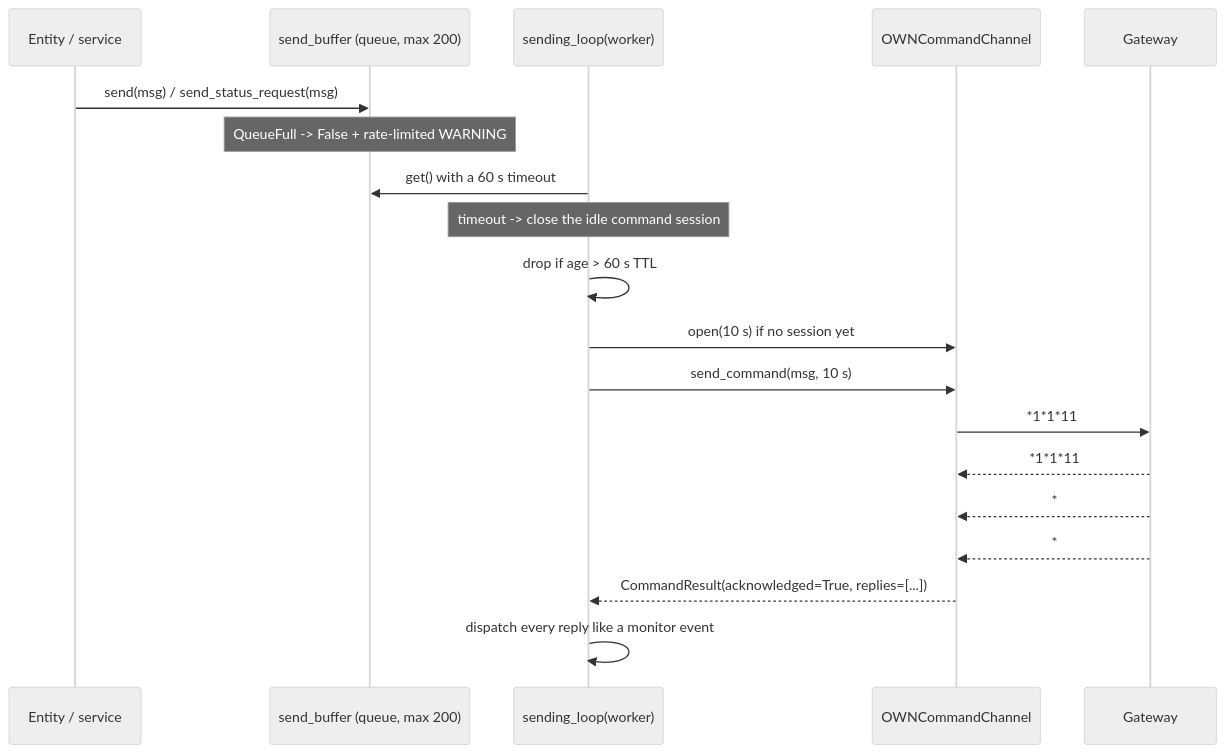
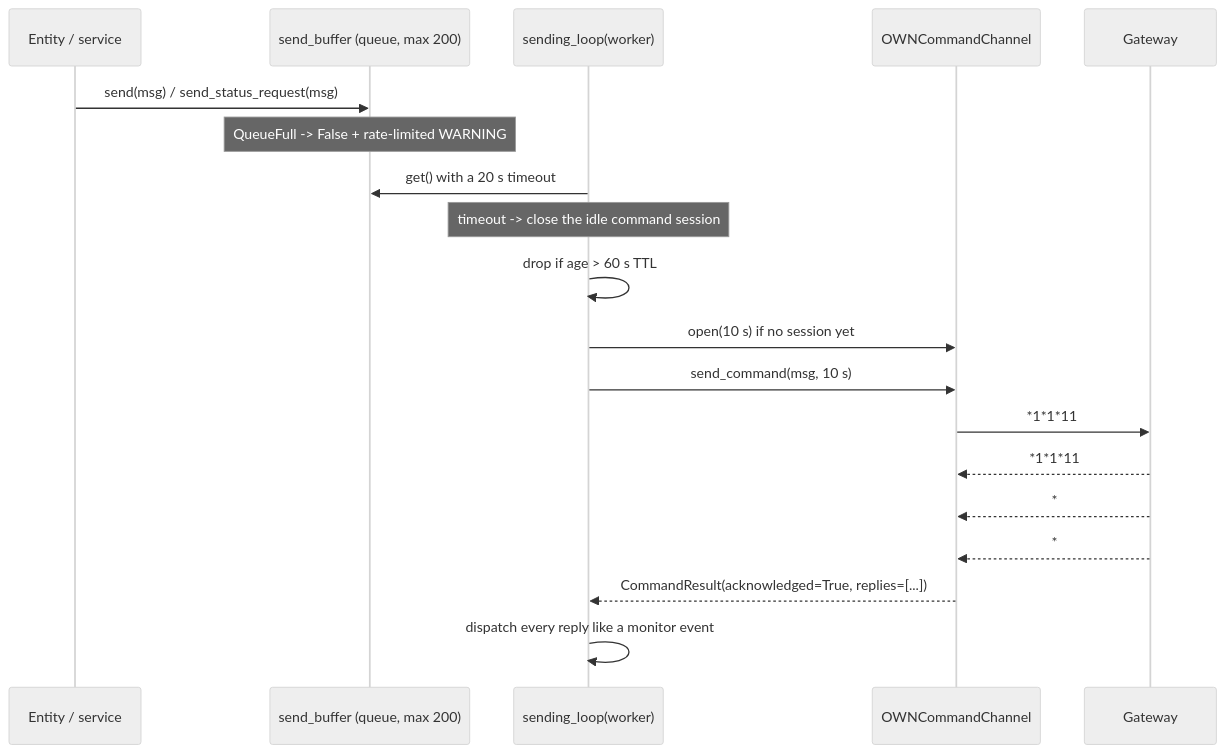
Before and after one commit to Interstellar0verdrive/MyHOME-stability: the third of 3 diagrams in docs/architecture.md, drawn with Mermaid (neutral theme). The commit also changed other lines of this file and 3 other files, not shown here.

````diff
--- a/docs/architecture.md
+++ b/docs/architecture.md
@@ -219,22 +219,22 @@
 ```mermaid
 sequenceDiagram
     participant E as Entity / service
     participant Q as send_buffer (queue, max 200)
     participant W as sending_loop(worker)
     participant C as OWNCommandChannel
     participant G as Gateway
 
     E->>Q: send(msg) / send_status_request(msg)
     Note over Q: QueueFull -> False + rate-limited WARNING
-    W->>Q: get() with a 60 s timeout
+    W->>Q: get() with a 20 s timeout
     Note over W: timeout -> close the idle command session
     W->>W: drop if age > 60 s TTL
     W->>C: open(10 s) if no session yet
     W->>C: send_command(msg, 10 s)
     C->>G: *1*1*11##
     G-->>C: *1*1*11## (status reply)
     G-->>C: *#18*51*51*99## (another reply)
     G-->>C: *#*1## (ACK)
     C-->>W: CommandResult(acknowledged=True, replies=[...])
     W->>W: dispatch every reply like a monitor event
 ```
````
